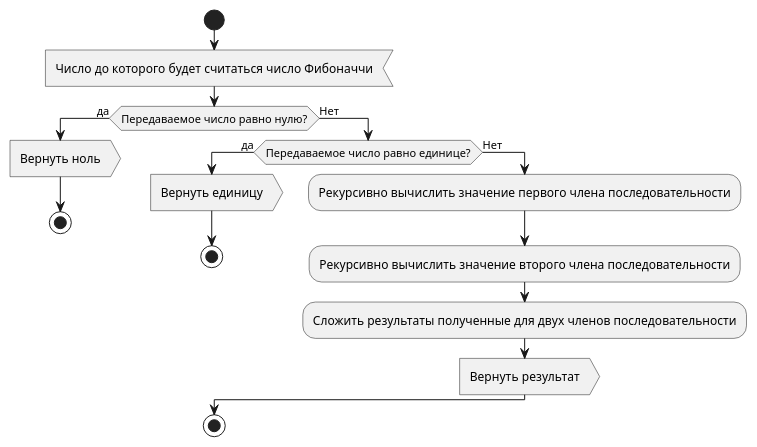
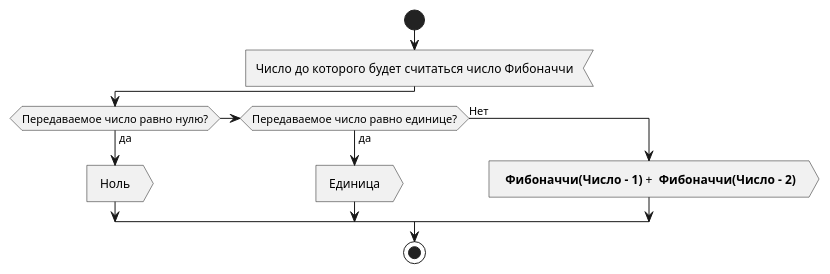
Before and after one commit to YA-NDT/IC-ADSC-TD: the diagram in Scenarios/3.2. Fibonacci.puml, drawn with PlantUML. The commit also changed 3 other files, not shown here.

```diff
--- a/Scenarios/3.2. Fibonacci.puml
+++ b/Scenarios/3.2. Fibonacci.puml
@@ -1,20 +1,13 @@
 @startuml
 start
     :Число до которого будет считаться число Фибоначчи<
     
     if (Передаваемое число равно нулю?) then (да)
-        :Вернуть ноль>
-        stop
+        : Ноль >
+    elseif (Передаваемое число равно единице?) then (да)
+        : Единица >
     else (Нет)
-        if (Передаваемое число равно единице?) then (да)
-            :Вернуть единицу>
-            stop
-        else (Нет)
-            :Рекурсивно вычислить значение первого члена последовательности;
-            :Рекурсивно вычислить значение второго члена последовательности;
-            :Сложить результаты полученные для двух членов последовательности;
-            :Вернуть результат>
-        endif
+        : <b> Фибоначчи(Число - 1)</b> + <b> Фибоначчи(Число - 2)</b> >
     endif
 stop
 @enduml
```
